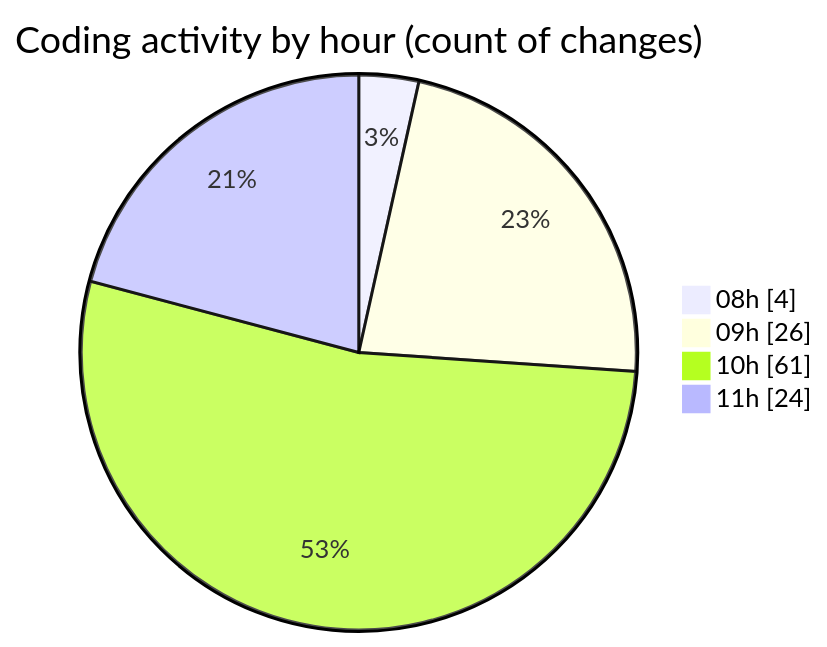
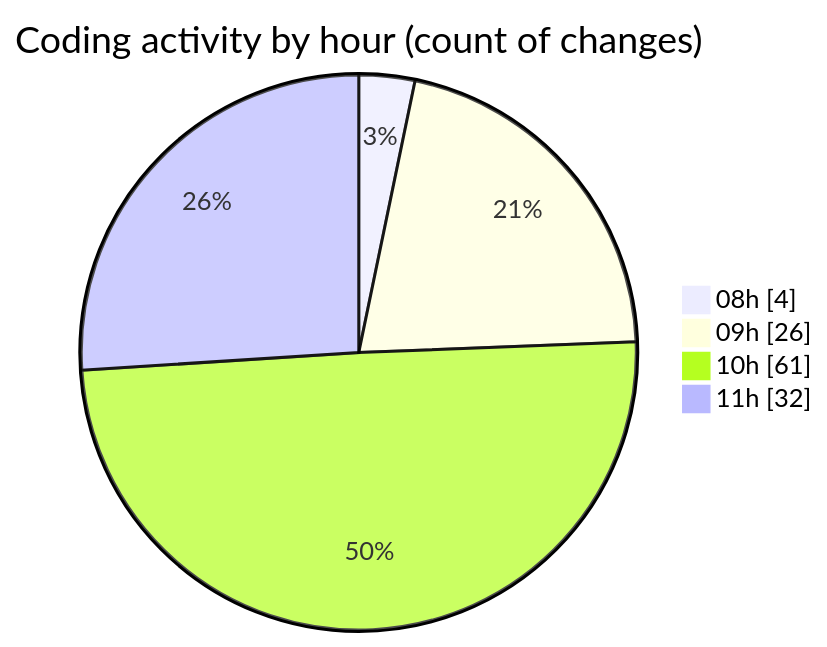
Before and after one commit to becaeroporto-bot/code-tracking: the second of 2 diagrams in 2026-02-19/bot_v1_2/README.md, drawn with Mermaid. The commit also changed other lines of this file and 1 other file, not shown here.

````diff
--- a/2026-02-19/bot_v1_2/README.md
+++ b/2026-02-19/bot_v1_2/README.md
@@ -37,8 +37,8 @@
 ```mermaid
 pie showData
 title Coding activity by hour (count of changes)
 "08h" : 4
 "09h" : 26
 "10h" : 61
-"11h" : 24
+"11h" : 32
 ```
````
